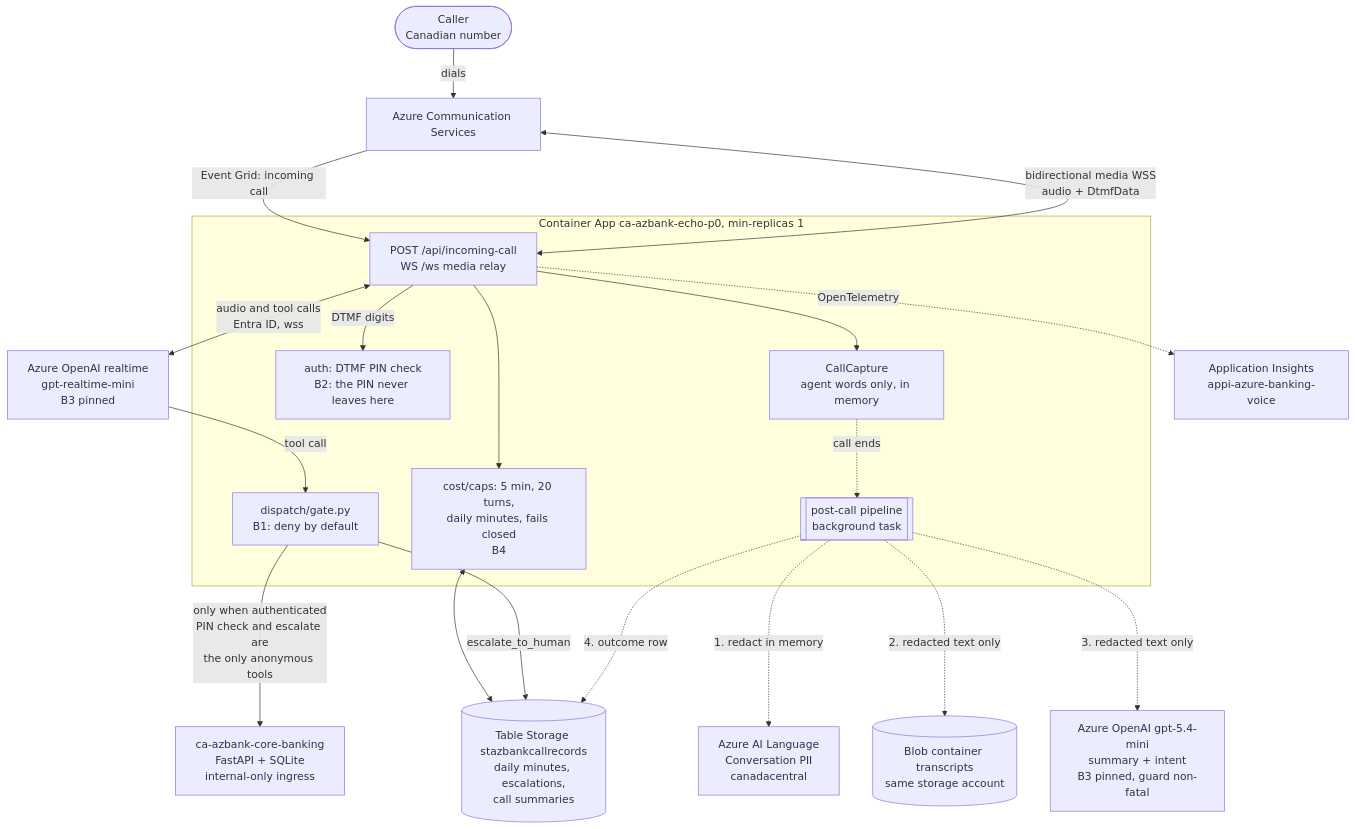
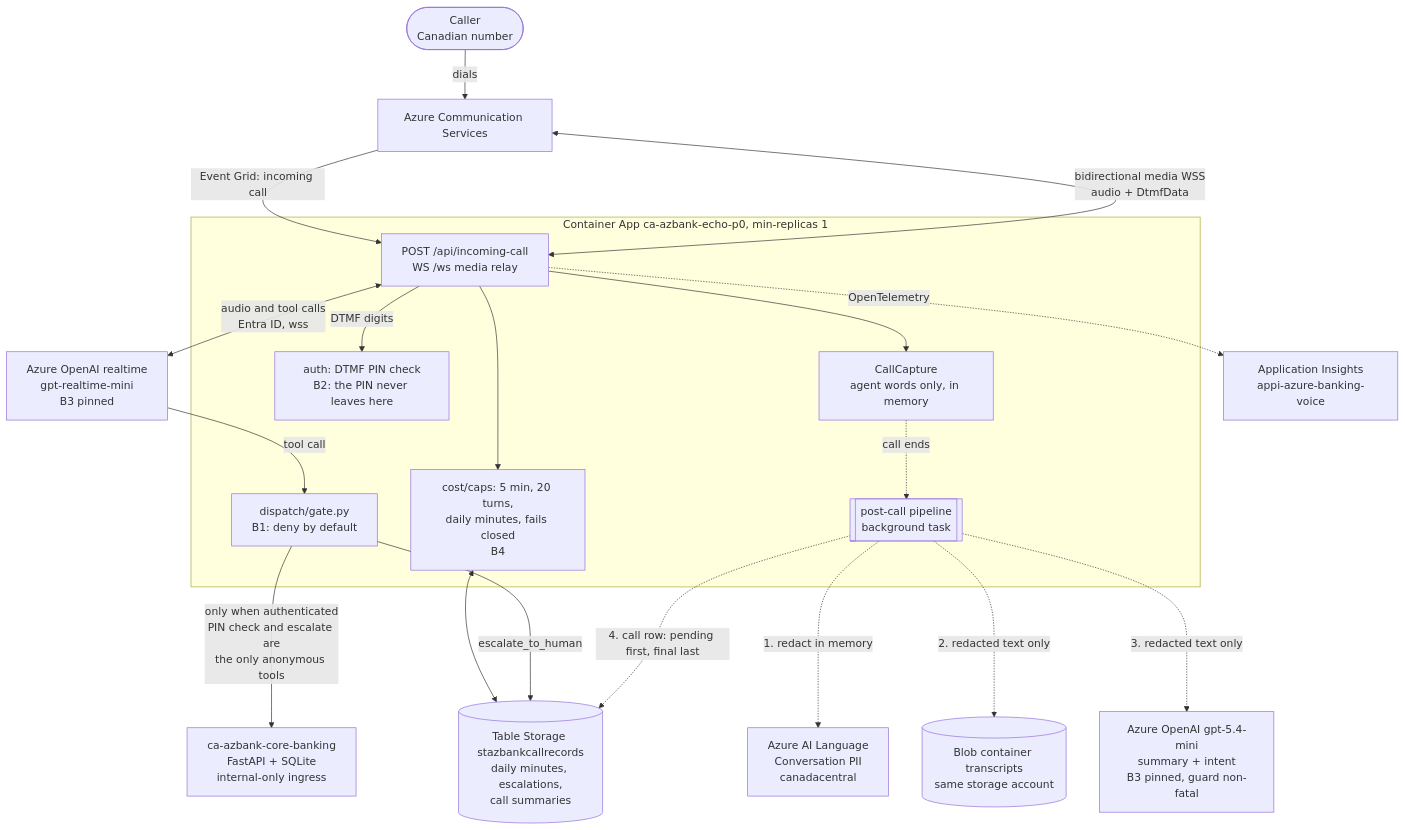
The diagram in Azure-Banking-Voice-Agentic-AI/docs/architecture.md (MAOFILHO/Portfolio-Projects), drawn with Mermaid before and after one commit. The commit also changed other lines of this file and 12 other files, not shown here.

````diff
--- a/Azure-Banking-Voice-Agentic-AI/docs/architecture.md
+++ b/Azure-Banking-Voice-Agentic-AI/docs/architecture.md
@@ -8,32 +9,32 @@
 ```mermaid
 flowchart TD
     caller(["Caller<br/>Canadian number"]) -->|dials| acs["Azure Communication Services"]
     acs -->|"Event Grid: incoming call"| app
 
     subgraph app_box ["Container App ca-azbank-echo-p0, min-replicas 1"]
         app["POST /api/incoming-call<br/>WS /ws media relay"]
         auth["auth: DTMF PIN check<br/>B2: the PIN never leaves here"]
         gate["dispatch/gate.py<br/>B1: deny by default"]
         caps["cost/caps: 5 min, 20 turns,<br/>daily minutes, fails closed<br/>B4"]
         capture["CallCapture<br/>agent words only, in memory"]
         post[["post-call pipeline<br/>background task"]]
     end
 
     acs <-->|"bidirectional media WSS<br/>audio + DtmfData"| app
     app -->|"DTMF digits"| auth
     app <-->|"audio and tool calls<br/>Entra ID, wss"| rt["Azure OpenAI realtime<br/>gpt-realtime-mini<br/>B3 pinned"]
     rt -->|"tool call"| gate
     gate -->|"only when authenticated<br/>PIN check and escalate are<br/>the only anonymous tools"| bank["ca-azbank-core-banking<br/>FastAPI + SQLite<br/>internal-only ingress"]
     app --> caps
     caps <--> table[("Table Storage stazbankcallrecords<br/>daily minutes, escalations,<br/>call summaries")]
     gate -->|"escalate_to_human"| table
     app --> capture
 
     capture -.->|"call ends"| post
     post -.->|"1. redact in memory"| lang["Azure AI Language<br/>Conversation PII<br/>canadacentral"]
     post -.->|"2. redacted text only"| blob[("Blob container transcripts<br/>same storage account")]
     post -.->|"3. redacted text only"| txt["Azure OpenAI gpt-5.4-mini<br/>summary + intent<br/>B3 pinned, guard non-fatal"]
-    post -.->|"4. outcome row"| table
+    post -.->|"4. call row: pending first, final last"| table
 
     app -.->|"OpenTelemetry"| ai["Application Insights<br/>appi-azure-banking-voice"]
 ```
````
